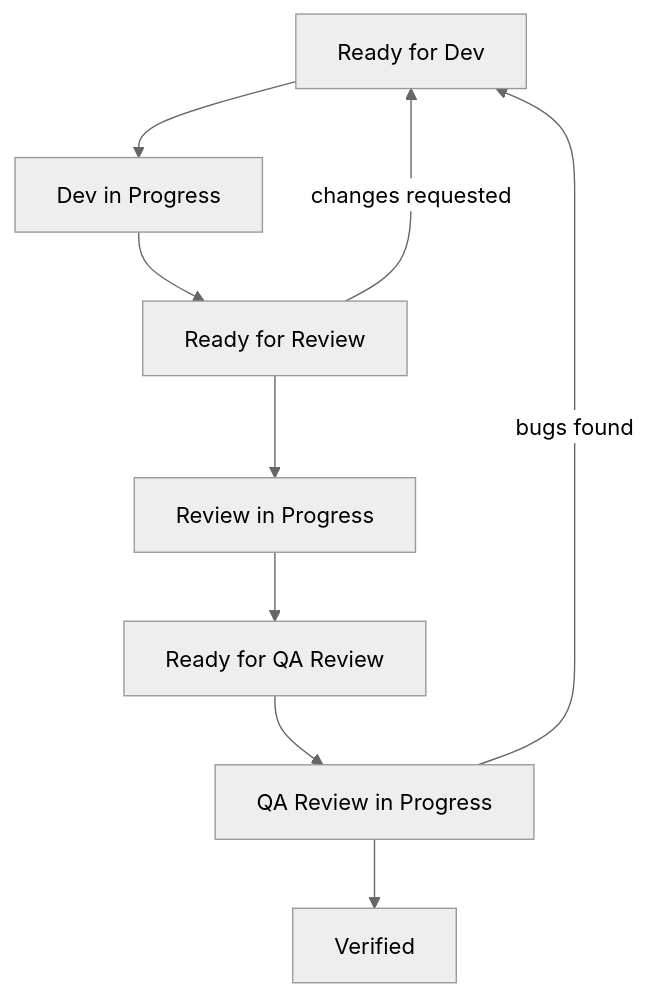
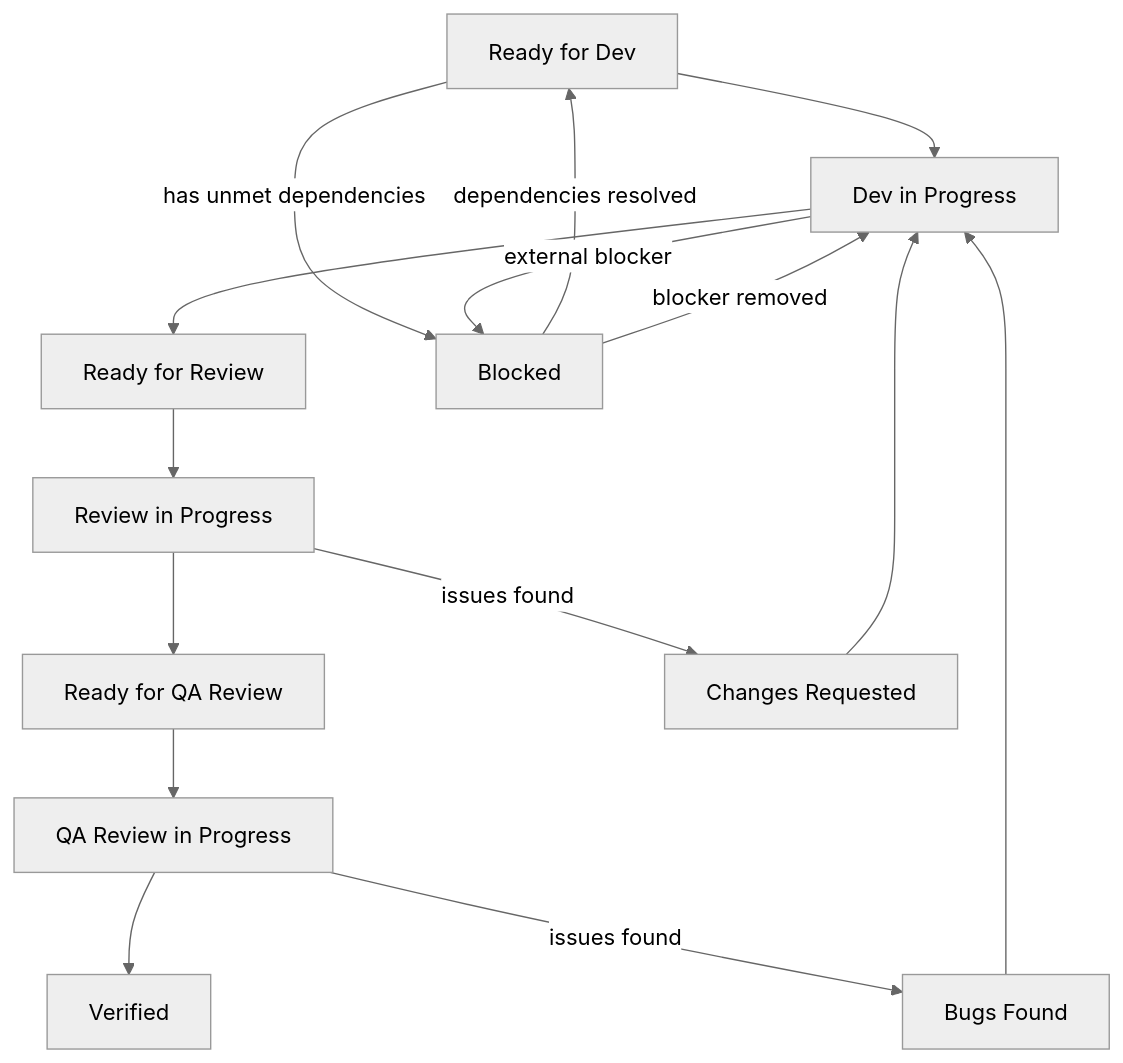
One commit to memksim/task-performer-plugin changed the diagram in skills/task_management/SKILL.md. Above: the diagram before and after it, drawn with Mermaid (neutral theme). The commit also changed other lines of this file and 9 other files, not shown here.

````diff
--- a/skills/task_management/SKILL.md
+++ b/skills/task_management/SKILL.md
@@ -56,15 +151,33 @@
 ```mermaid
 flowchart TD
 
 A[Ready for Dev]
-A --> B[Dev in Progress]
-B --> C[Ready for Review]
-C --> D[Review in Progress]
-D --> E[Ready for QA Review]
-E --> F[QA Review in Progress]
-F --> G[Verified]
+B[Dev in Progress]
+C[Ready for Review]
+D[Review in Progress]
+E[Ready for QA Review]
+F[QA Review in Progress]
+G[Verified]
+H[Blocked]
+R1[Changes Requested]
+R2[Bugs Found]
 
-%% Rework loops
-C -- changes requested --> A
-F -- bugs found --> A
+A --> B
+B --> C
+C --> D
+D --> E
+E --> F
+F --> G
+
+%% Rework loops - explicit statuses
+D -- issues found --> R1
+R1 --> B
+F -- issues found --> R2
+R2 --> B
+
+%% Blocked state
+A -- has unmet dependencies --> H
+B -- external blocker --> H
+H -- dependencies resolved --> A
+H -- blocker removed --> B
 ```
````
